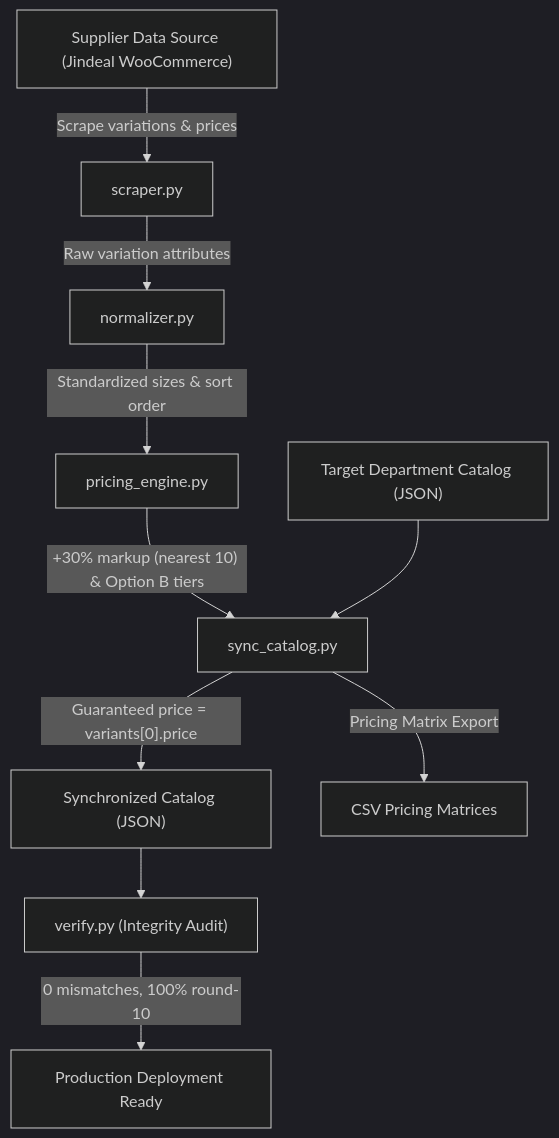
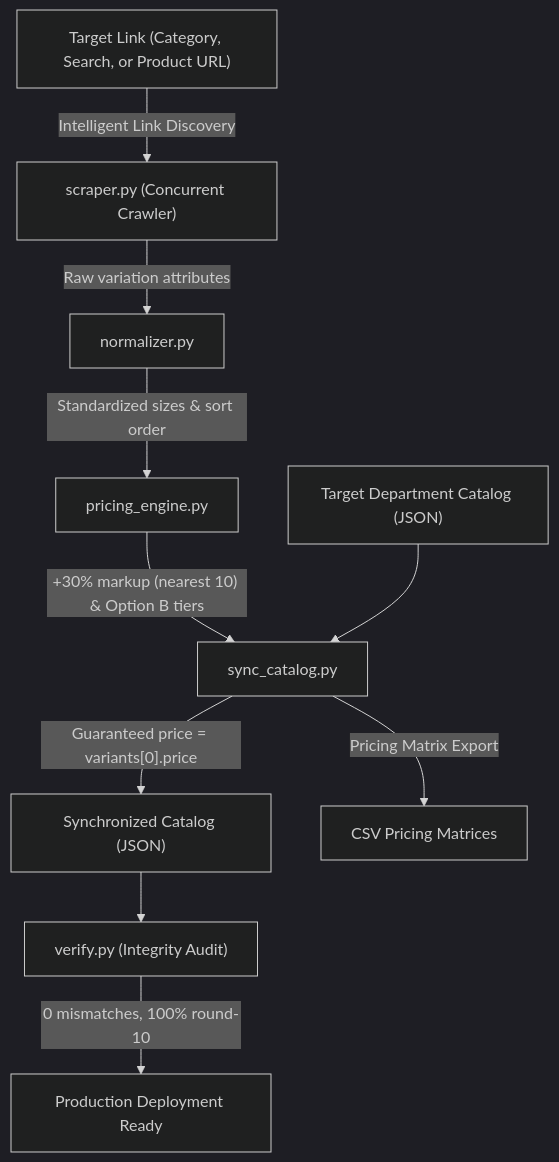
One commit to Prabhleen114/variant-price-add changed the diagram in README.md. Above: the diagram before and after it, drawn with Mermaid (dark theme). The commit also changed other lines of this file and 3 other files, not shown here.

Commit message:
feat: add intelligent category and search crawler with auto-sync

````diff
--- a/README.md
+++ b/README.md
@@ -22,12 +22,12 @@
 ```mermaid
 flowchart TD
-    A["Supplier Data Source (Jindeal WooCommerce)"] -->|"Scrape variations & prices"| B["scraper.py"]
+    A["Target Link (Category, Search, or Product URL)"] -->|"Intelligent Link Discovery"| B["scraper.py (Concurrent Crawler)"]
     B -->|"Raw variation attributes"| C["normalizer.py"]
     C -->|"Standardized sizes & sort order"| D["pricing_engine.py"]
     D -->|"+30% markup (nearest 10) & Option B tiers"| E["sync_catalog.py"]
     F["Target Department Catalog (JSON)"] --> E
     E -->|"Guaranteed price = variants[0].price"| G["Synchronized Catalog (JSON)"]
     E -->|"Pricing Matrix Export"| H["CSV Pricing Matrices"]
     G --> I["verify.py (Integrity Audit)"]
     I -->|"0 mismatches, 100% round-10"| J["Production Deployment Ready"]
 ```
````
